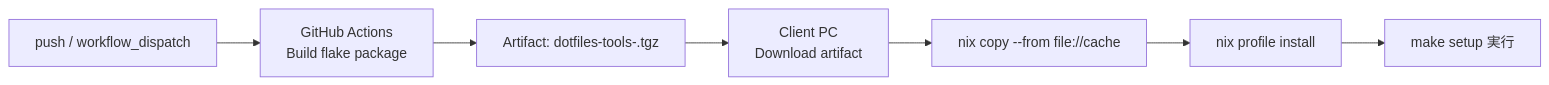
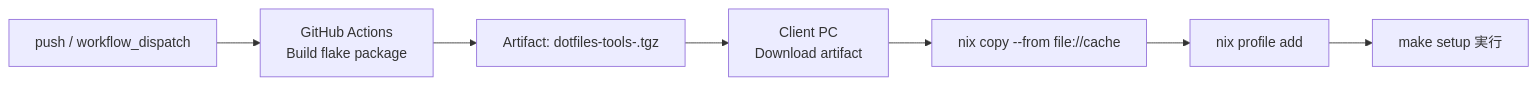
One commit to ShotaArima/dotfiles changed the diagram in README.md. Above: the diagram before and after it, drawn with Mermaid. The commit also changed other lines of this file, not shown here.

````diff
--- a/README.md
+++ b/README.md
@@ -34,9 +101,9 @@
 ```mermaid
 flowchart LR
   A[push / workflow_dispatch] --> B[GitHub Actions\nBuild flake package]
   B --> C[Artifact: dotfiles-tools-<system>.tgz]
   C --> D[Client PC\nDownload artifact]
   D --> E[nix copy --from file://cache <store-path>]
-  E --> F[nix profile install <store-path>]
+  E --> F[nix profile add <store-path>]
   F --> G[make setup 実行]
 ```
````
